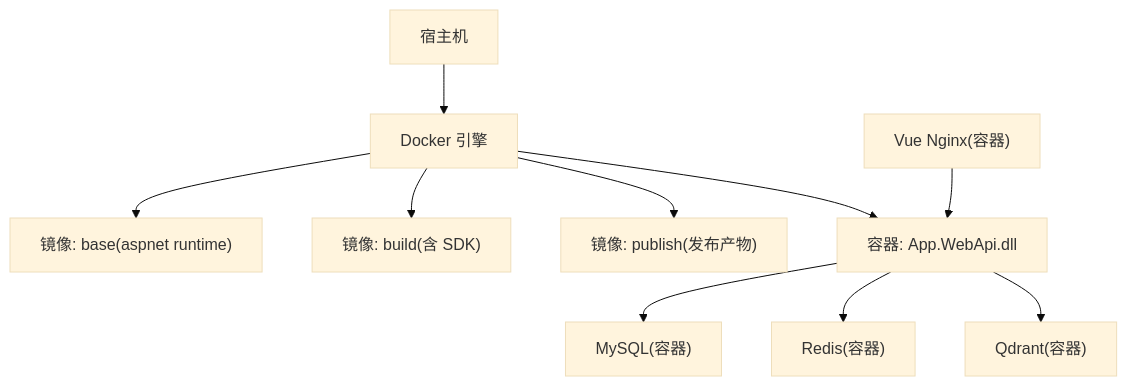
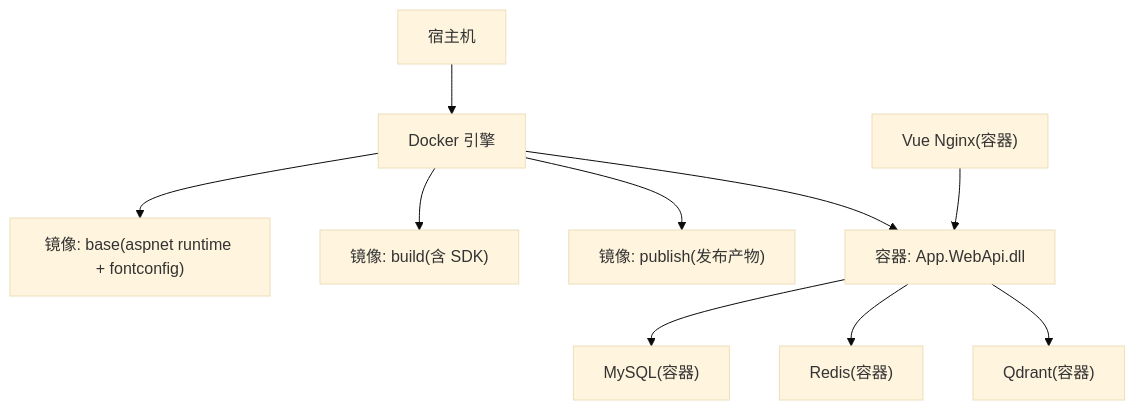
One commit to junkai-li/NetCoreKevin changed the first of 5 diagrams in .qoder/repowiki/zh/content/部署运维/Docker容器化部署.md. Above: the diagram before and after it, drawn with Mermaid (base theme). The commit also changed other lines of this file and 45 other files, not shown here.

````diff
--- a/.qoder/repowiki/zh/content/部署运维/Docker容器化部署.md
+++ b/.qoder/repowiki/zh/content/部署运维/Docker容器化部署.md
@@ -44,12 +46,12 @@
 ```mermaid
 graph TB
 A["宿主机"] --> B["Docker 引擎"]
-B --> C["镜像: base(aspnet runtime)"]
+B --> C["镜像: base(aspnet runtime + fontconfig)"]
 B --> D["镜像: build(含 SDK)"]
 B --> E["镜像: publish(发布产物)"]
 B --> F["容器: App.WebApi.dll"]
 F --> G["MySQL(容器)"]
 F --> H["Redis(容器)"]
 F --> I["Qdrant(容器)"]
 J["Vue Nginx(容器)"] --> F
 ```
````
